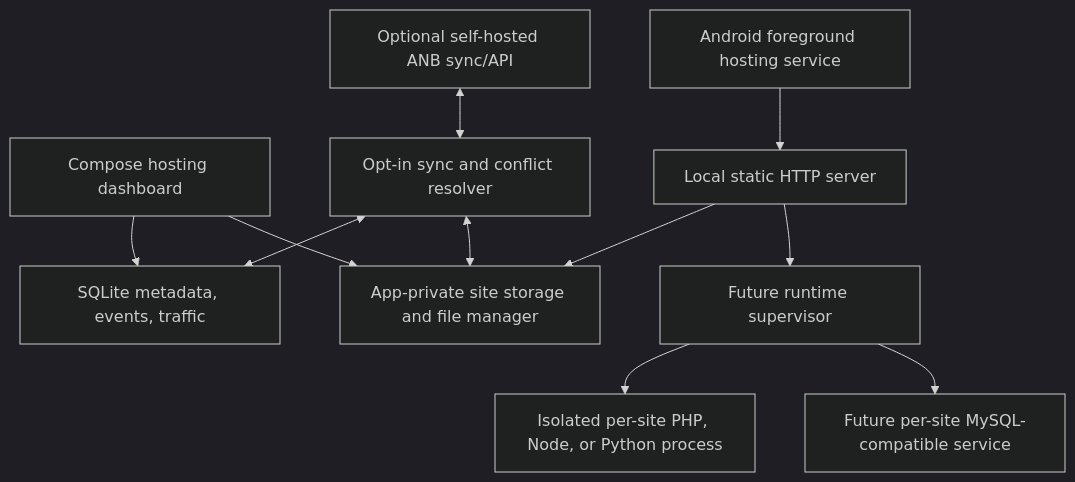
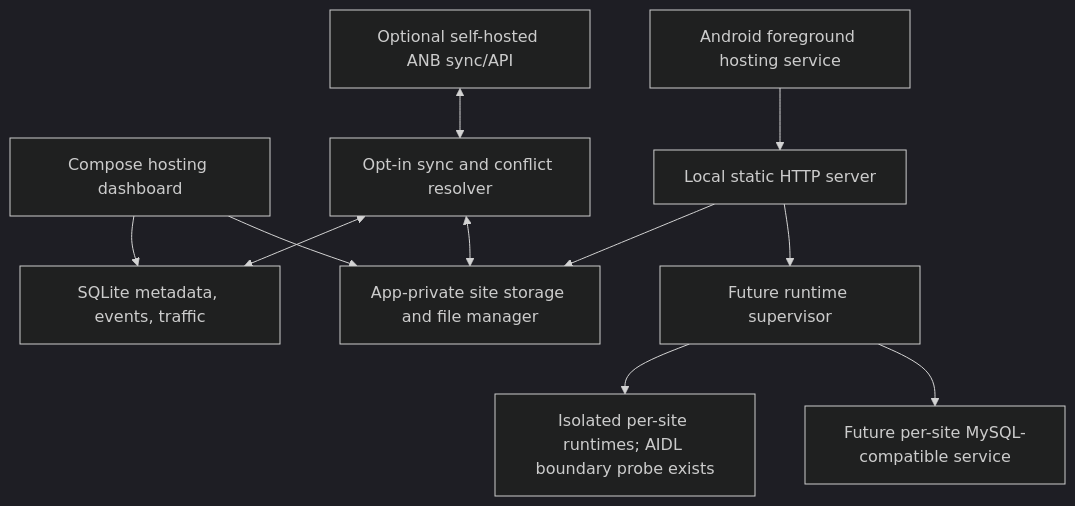
The diagram in DEVELOPMENT-ROADMAP.md (anbsolution/ANB-hosting), drawn with Mermaid (dark theme) before and after one commit. The commit also changed other lines of this file and 7 other files, not shown here.

Commit message:
feat(android): add isolated runtime worker boundary probe

````diff
--- a/DEVELOPMENT-ROADMAP.md
+++ b/DEVELOPMENT-ROADMAP.md
@@ -72,13 +74,13 @@
 ```mermaid
 flowchart TD
   UI[Compose hosting dashboard] --> Store[SQLite metadata, events, traffic]
   UI --> Files[App-private site storage and file manager]
   Service[Android foreground hosting service] --> HTTP[Local static HTTP server]
   HTTP --> Files
   HTTP --> Runtime[Future runtime supervisor]
-  Runtime --> Isolated[Isolated per-site PHP, Node, or Python process]
+  Runtime --> Isolated[Isolated per-site runtimes; AIDL boundary probe exists]
   Runtime --> DB[Future per-site MySQL-compatible service]
   Cloud[Optional self-hosted ANB sync/API] <--> Sync[Opt-in sync and conflict resolver]
   Sync <--> Store
   Sync <--> Files
 ```
````
